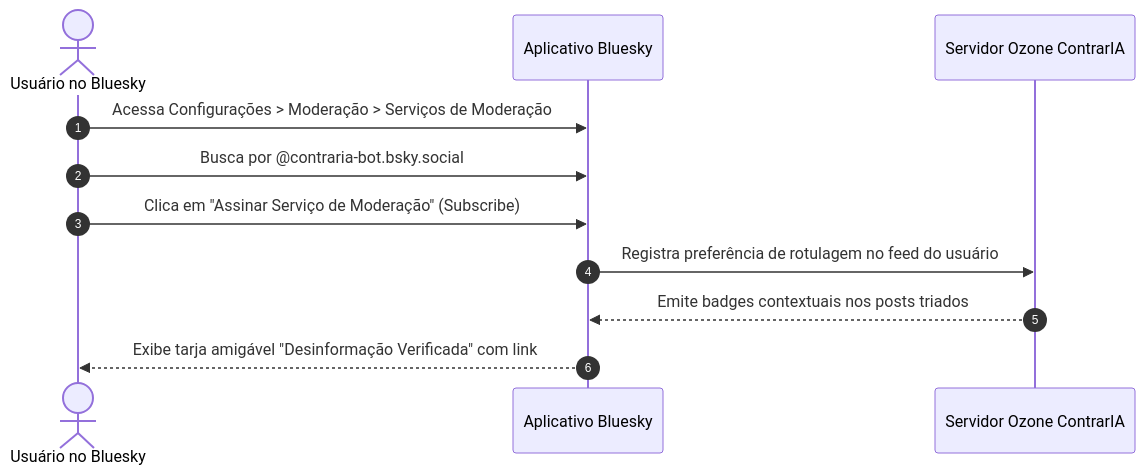
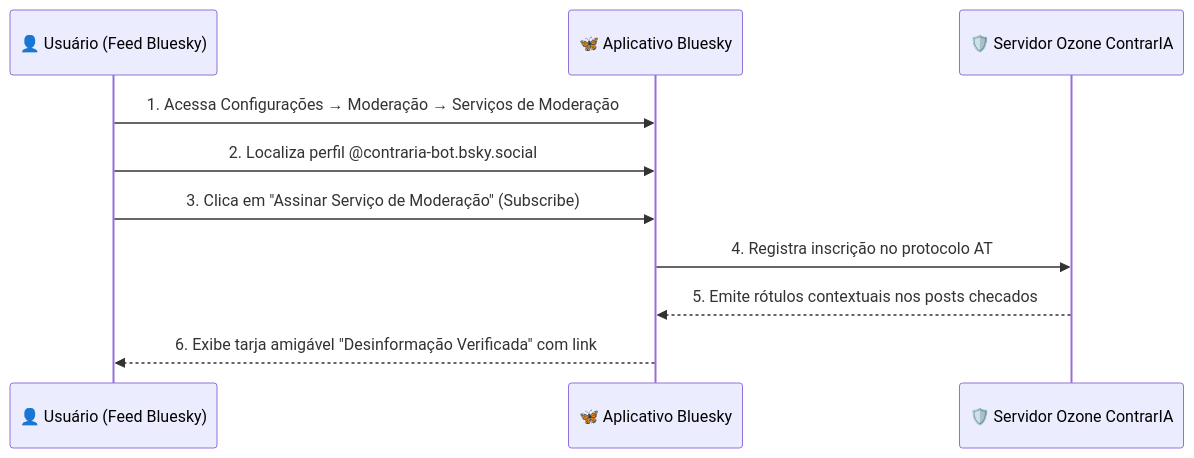
One commit to moonshinerd/ContrarIA changed the diagram in docs/guia-de-uso.md. Above: the diagram before and after it, drawn with Mermaid. The commit also changed other lines of this file and 21 other files, not shown here.

````diff
--- a/docs/guia-de-uso.md
+++ b/docs/guia-de-uso.md
@@ -48,14 +48,13 @@
 ```mermaid
 sequenceDiagram
-    autonumber
-    actor User as Usuário no Bluesky
-    participant App as Aplicativo Bluesky
-    participant Ozone as Servidor Ozone ContrarIA
+    participant User as 👤 Usuário (Feed Bluesky)
+    participant App as 🦋 Aplicativo Bluesky
+    participant Ozone as 🛡️ Servidor Ozone ContrarIA
 
-    User->>App: Acessa Configurações > Moderação > Serviços de Moderação
-    User->>App: Busca por @contraria-bot.bsky.social
-    User->>App: Clica em "Assinar Serviço de Moderação" (Subscribe)
-    App->>Ozone: Registra preferência de rotulagem no feed do usuário
-    Ozone-->>App: Emite badges contextuais nos posts triados
-    App-->>User: Exibe tarja amigável "Desinformação Verificada" com link
+    User->>App: 1. Acessa Configurações → Moderação → Serviços de Moderação
+    User->>App: 2. Localiza perfil @contraria-bot.bsky.social
+    User->>App: 3. Clica em "Assinar Serviço de Moderação" (Subscribe)
+    App->>Ozone: 4. Registra inscrição no protocolo AT
+    Ozone-->>App: 5. Emite rótulos contextuais nos posts checados
+    App-->>User: 6. Exibe tarja amigável "Desinformação Verificada" com link
 ```
````
